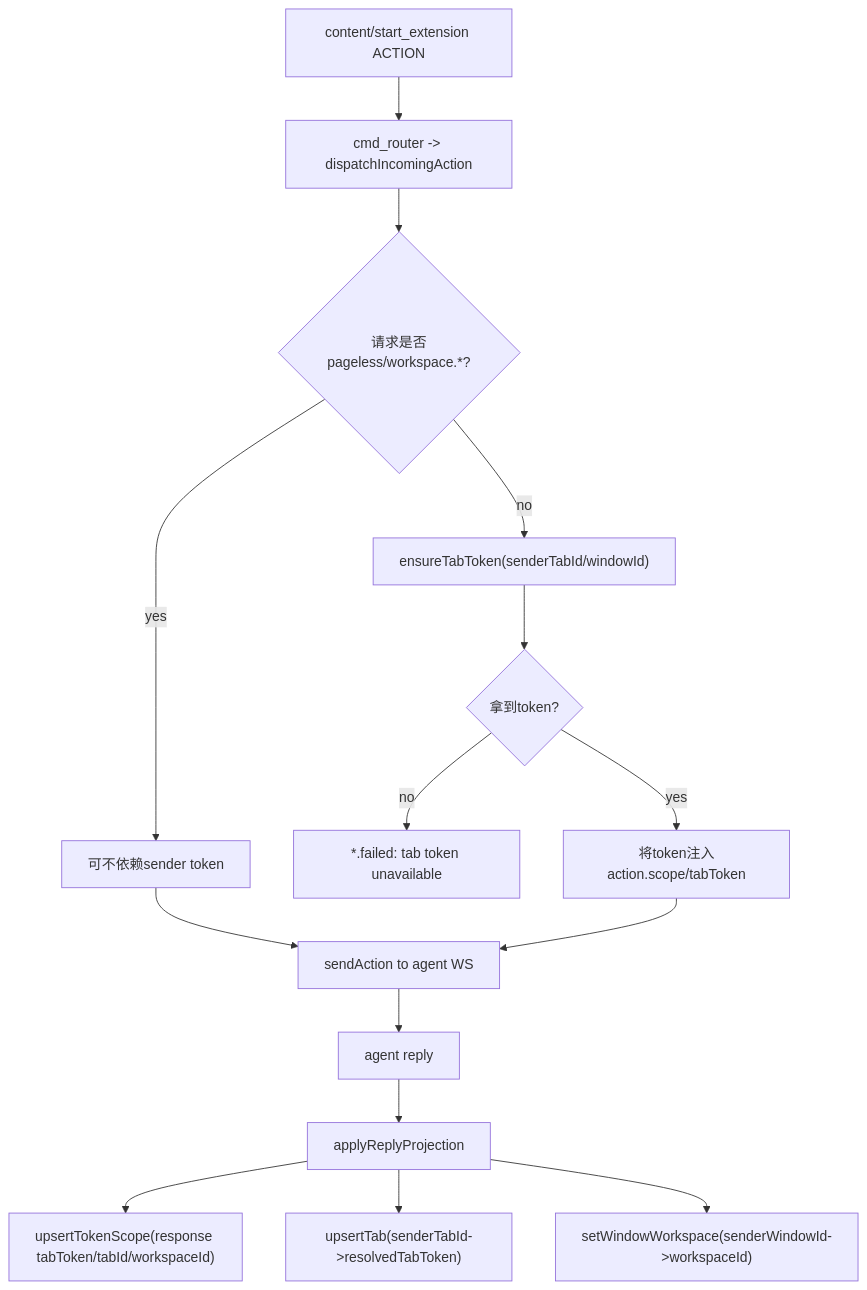
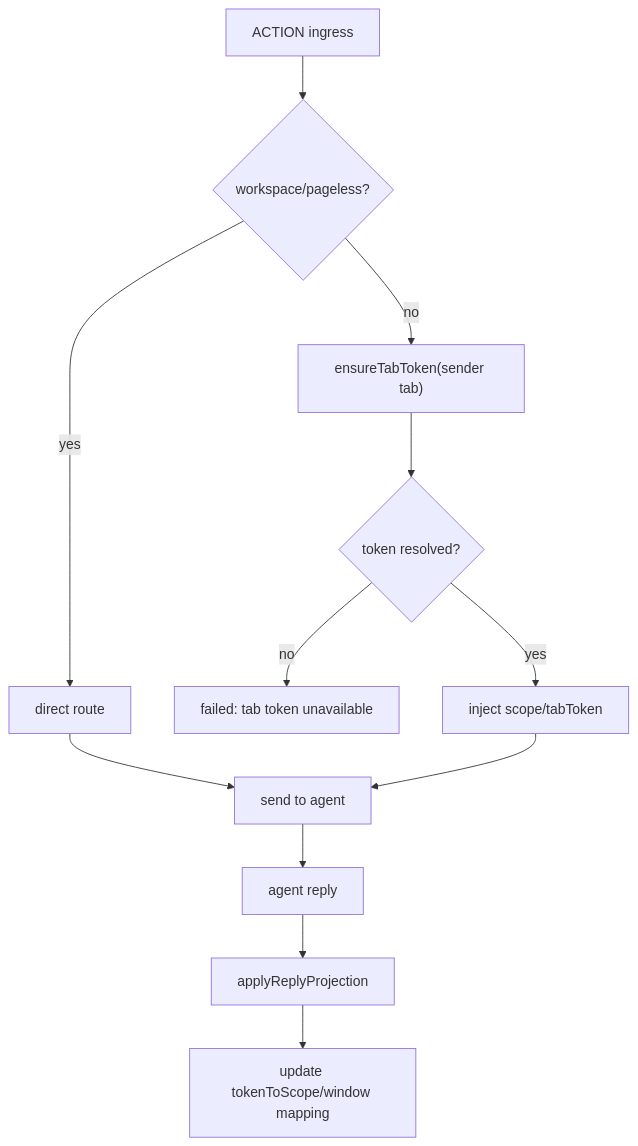
Before and after one commit to Aromatic05/rpa-browser: the third of 3 diagrams in docs/Runtime/WorkspaceAndTab.md, drawn with Mermaid. The commit also changed other lines of this file, not shown here.

Commit message:
docs(runtime): rewrite workspace and tab lifecycle spec

````diff
--- a/docs/Runtime/WorkspaceAndTab.md
+++ b/docs/Runtime/WorkspaceAndTab.md
@@ -423,18 +119,14 @@
 ```mermaid
 flowchart TD
-  AIN["content/start_extension ACTION"] --> CR["cmd_router -> dispatchIncomingAction"]
-  CR --> R1{"请求是否pageless/workspace.*?"}
-  R1 -- "yes" --> S0["可不依赖sender token"]
-  R1 -- "no" --> R2["ensureTabToken(senderTabId/windowId)"]
-  R2 --> R3{"拿到token?"}
-  R3 -- "no" --> AF["*.failed: tab token unavailable"]
-  R3 -- "yes" --> S1["将token注入action.scope/tabToken"]
-
-  S0 --> WS["sendAction to agent WS"]
-  S1 --> WS
-  WS --> RP["agent reply"]
-  RP --> PJ["applyReplyProjection"]
-  PJ --> ST1["upsertTokenScope(response tabToken/tabId/workspaceId)"]
-  PJ --> ST2["upsertTab(senderTabId->resolvedTabToken)"]
-  PJ --> ST3["setWindowWorkspace(senderWindowId->workspaceId)"]
+  A["ACTION ingress"] --> B{"workspace/pageless?"}
+  B -- yes --> C["direct route"]
+  B -- no --> D["ensureTabToken(sender tab)"]
+  D --> E{"token resolved?"}
+  E -- no --> F["failed: tab token unavailable"]
+  E -- yes --> G["inject scope/tabToken"]
+  C --> H["send to agent"]
+  G --> H
+  H --> I["agent reply"]
+  I --> J["applyReplyProjection"]
+  J --> K["update tokenToScope/window mapping"]
 ```
````
